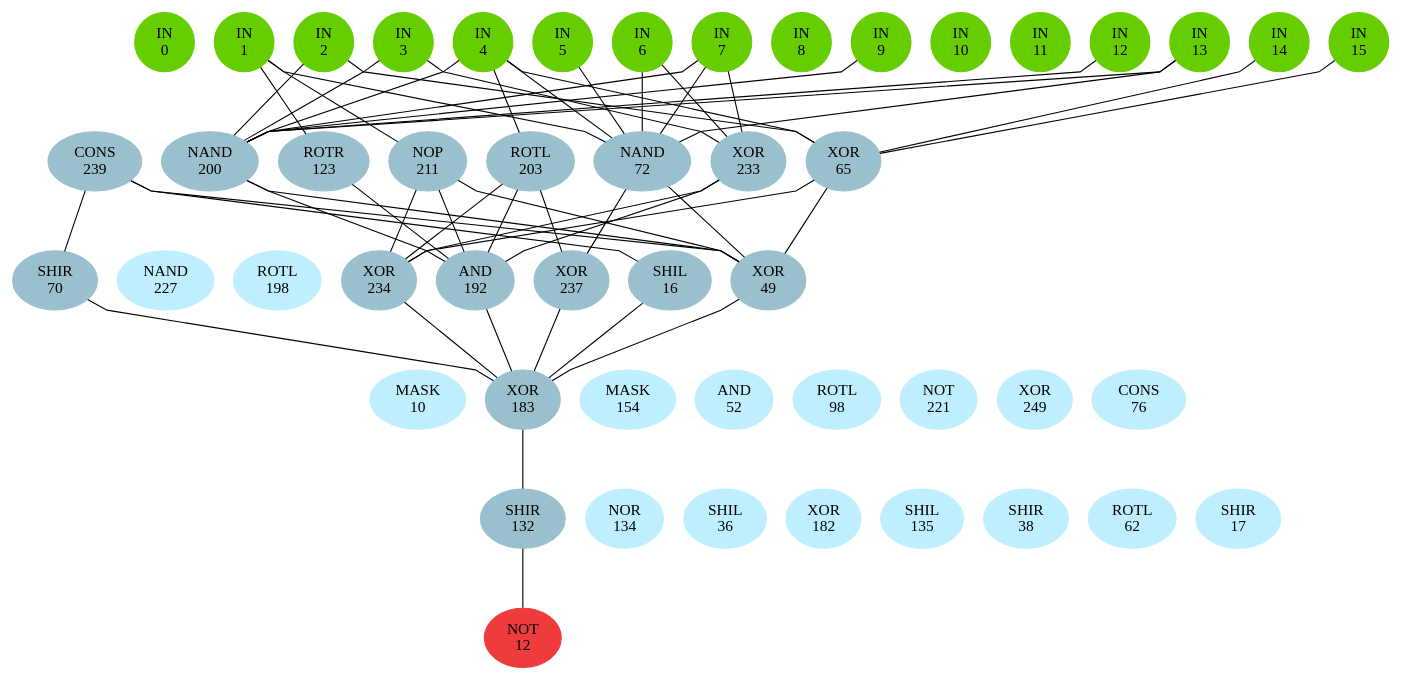
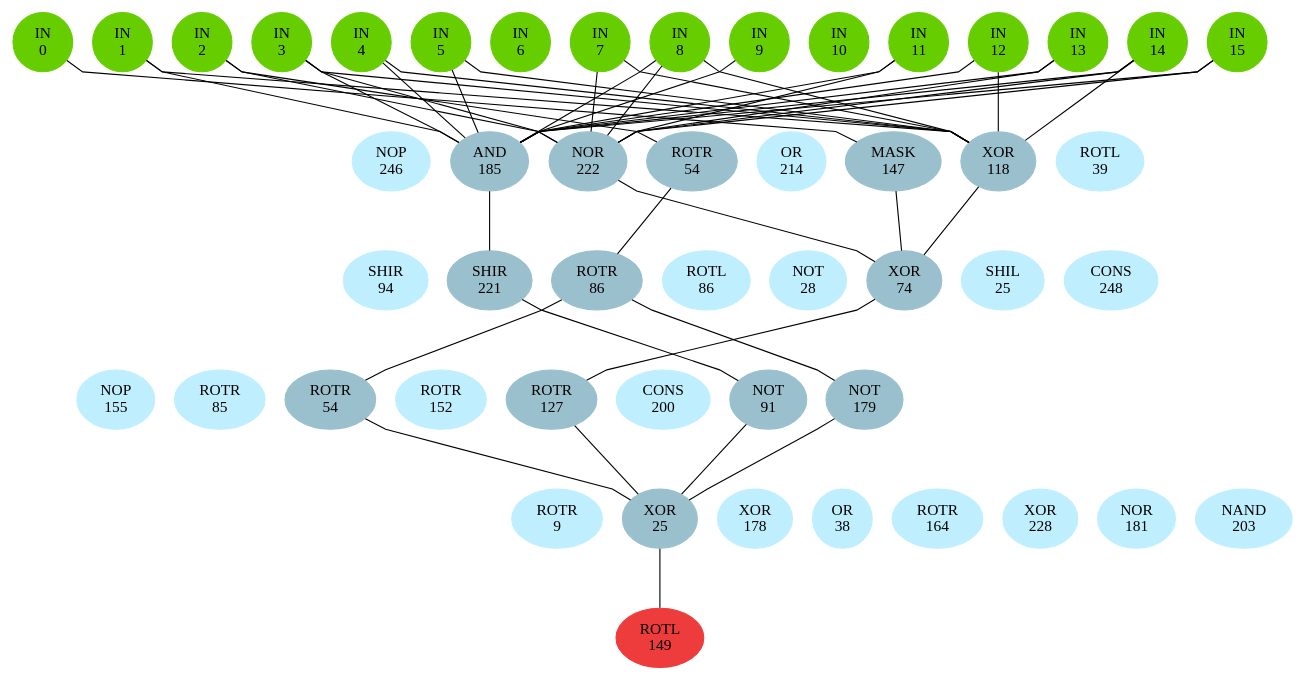
One commit to Bender250/master-thesis changed the diagram in experiments/single-sol/tea/4/pruned_circuit.dot. Above: the diagram before and after it, drawn with Graphviz. The commit also changed 727 other files, not shown here.

```diff
--- a/experiments/single-sol/tea/4/pruned_circuit.dot
+++ b/experiments/single-sol/tea/4/pruned_circuit.dot
@@ -1,175 +1,169 @@
 graph EACircuit {
 rankdir=BT;
 ranksep=0.75;
 ordering=out;
 splines=polyline;
 node [style=filled, color=lightblue2];
 
 { rank=same;
 node [color=chartreuse3];
 "-1_0"[label="IN\n0"];
 node [color=chartreuse3];
 "-1_1"[label="IN\n1"];
 node [color=chartreuse3];
 "-1_2"[label="IN\n2"];
 node [color=chartreuse3];
 "-1_3"[label="IN\n3"];
 node [color=chartreuse3];
 "-1_4"[label="IN\n4"];
 node [color=chartreuse3];
 "-1_5"[label="IN\n5"];
 node [color=chartreuse3];
 "-1_6"[label="IN\n6"];
 node [color=chartreuse3];
 "-1_7"[label="IN\n7"];
 node [color=chartreuse3];
 "-1_8"[label="IN\n8"];
 node [color=chartreuse3];
 "-1_9"[label="IN\n9"];
 node [color=chartreuse3];
 "-1_10"[label="IN\n10"];
 node [color=chartreuse3];
 "-1_11"[label="IN\n11"];
 node [color=chartreuse3];
 "-1_12"[label="IN\n12"];
 node [color=chartreuse3];
 "-1_13"[label="IN\n13"];
 node [color=chartreuse3];
 "-1_14"[label="IN\n14"];
 node [color=chartreuse3];
 "-1_15"[label="IN\n15"];
 }
 { rank=same;
+node [color=lightblue1];
+"0_0"[label="NOP\n246"];
 node [color=lightblue3];
-"0_0"[label="CONS\n239"];
+"0_1"[label="AND\n185"];
 node [color=lightblue3];
-"0_1"[label="NAND\n200"];
+"0_2"[label="NOR\n222"];
 node [color=lightblue3];
-"0_2"[label="ROTR\n123"];
+"0_3"[label="ROTR\n54"];
+node [color=lightblue1];
+"0_4"[label="OR\n214"];
 node [color=lightblue3];
-"0_3"[label="NOP\n211"];
+"0_5"[label="MASK\n147"];
 node [color=lightblue3];
-"0_4"[label="ROTL\n203"];
-node [color=lightblue3];
-"0_5"[label="NAND\n72"];
-node [color=lightblue3];
-"0_6"[label="XOR\n233"];
-node [color=lightblue3];
-"0_7"[label="XOR\n65"];
-}
-{ rank=same;
-node [color=lightblue3];
-"1_0"[label="SHIR\n70"];
+"0_6"[label="XOR\n118"];
 node [color=lightblue1];
-"1_1"[label="NAND\n227"];
-node [color=lightblue1];
-"1_2"[label="ROTL\n198"];
-node [color=lightblue3];
-"1_3"[label="XOR\n234"];
-node [color=lightblue3];
-"1_4"[label="AND\n192"];
-node [color=lightblue3];
-"1_5"[label="XOR\n237"];
-node [color=lightblue3];
-"1_6"[label="SHIL\n16"];
-node [color=lightblue3];
-"1_7"[label="XOR\n49"];
+"0_7"[label="ROTL\n39"];
 }
 { rank=same;
 node [color=lightblue1];
-"2_0"[label="MASK\n10"];
+"1_0"[label="SHIR\n94"];
 node [color=lightblue3];
-"2_1"[label="XOR\n183"];
+"1_1"[label="SHIR\n221"];
+node [color=lightblue3];
+"1_2"[label="ROTR\n86"];
 node [color=lightblue1];
-"2_2"[label="MASK\n154"];
+"1_3"[label="ROTL\n86"];
 node [color=lightblue1];
-"2_3"[label="AND\n52"];
+"1_4"[label="NOT\n28"];
+node [color=lightblue3];
+"1_5"[label="XOR\n74"];
 node [color=lightblue1];
-"2_4"[label="ROTL\n98"];
+"1_6"[label="SHIL\n25"];
 node [color=lightblue1];
-"2_5"[label="NOT\n221"];
-node [color=lightblue1];
-"2_6"[label="XOR\n249"];
-node [color=lightblue1];
-"2_7"[label="CONS\n76"];
+"1_7"[label="CONS\n248"];
 }
 { rank=same;
+node [color=lightblue1];
+"2_0"[label="NOP\n155"];
+node [color=lightblue1];
+"2_1"[label="ROTR\n85"];
 node [color=lightblue3];
-"3_0"[label="SHIR\n132"];
+"2_2"[label="ROTR\n54"];
 node [color=lightblue1];
-"3_1"[label="NOR\n134"];
+"2_3"[label="ROTR\n152"];
+node [color=lightblue3];
+"2_4"[label="ROTR\n127"];
 node [color=lightblue1];
-"3_2"[label="SHIL\n36"];
+"2_5"[label="CONS\n200"];
+node [color=lightblue3];
+"2_6"[label="NOT\n91"];
+node [color=lightblue3];
+"2_7"[label="NOT\n179"];
+}
+{ rank=same;
 node [color=lightblue1];
-"3_3"[label="XOR\n182"];
+"3_0"[label="ROTR\n9"];
+node [color=lightblue3];
+"3_1"[label="XOR\n25"];
 node [color=lightblue1];
-"3_4"[label="SHIL\n135"];
+"3_2"[label="XOR\n178"];
 node [color=lightblue1];
-"3_5"[label="SHIR\n38"];
+"3_3"[label="OR\n38"];
 node [color=lightblue1];
-"3_6"[label="ROTL\n62"];
+"3_4"[label="ROTR\n164"];
 node [color=lightblue1];
-"3_7"[label="SHIR\n17"];
+"3_5"[label="XOR\n228"];
+node [color=lightblue1];
+"3_6"[label="NOR\n181"];
+node [color=lightblue1];
+"3_7"[label="NAND\n203"];
 }
 { rank=same;
 node [color=brown2];
-"4_0"[label="NOT\n12"];
+"4_0"[label="ROTL\n149"];
 }
 edge[style=invis];
 "-1_0" -- "-1_1" -- "-1_2" -- "-1_3" -- "-1_4" -- "-1_5" -- "-1_6" -- "-1_7" -- "-1_8" -- "-1_9" -- "-1_10" -- "-1_11" -- "-1_12" -- "-1_13" -- "-1_14" -- "-1_15";
 "0_0" -- "0_1" -- "0_2" -- "0_3" -- "0_4" -- "0_5" -- "0_6" -- "0_7";
 "1_0" -- "1_1" -- "1_2" -- "1_3" -- "1_4" -- "1_5" -- "1_6" -- "1_7";
 "2_0" -- "2_1" -- "2_2" -- "2_3" -- "2_4" -- "2_5" -- "2_6" -- "2_7";
 "3_0" -- "3_1" -- "3_2" -- "3_3" -- "3_4" -- "3_5" -- "3_6" -- "3_7";
 "4_0" -- "4_0";
 edge[style=solid];
-"0_1" -- "-1_2";
+"0_1" -- "-1_1";
 "0_1" -- "-1_3";
 "0_1" -- "-1_4";
-"0_1" -- "-1_7";
+"0_1" -- "-1_5";
+"0_1" -- "-1_8";
 "0_1" -- "-1_9";
+"0_1" -- "-1_11";
 "0_1" -- "-1_12";
 "0_1" -- "-1_13";
-"0_2" -- "-1_1";
-"0_3" -- "-1_1";
-"0_4" -- "-1_4";
-"0_5" -- "-1_1";
-"0_5" -- "-1_4";
-"0_5" -- "-1_5";
-"0_5" -- "-1_6";
-"0_5" -- "-1_7";
-"0_5" -- "-1_13";
+"0_1" -- "-1_14";
+"0_1" -- "-1_15";
+"0_2" -- "-1_2";
+"0_2" -- "-1_3";
+"0_2" -- "-1_7";
+"0_2" -- "-1_8";
+"0_2" -- "-1_11";
+"0_2" -- "-1_13";
+"0_2" -- "-1_14";
+"0_2" -- "-1_15";
+"0_3" -- "-1_2";
+"0_5" -- "-1_0";
+"0_6" -- "-1_1";
 "0_6" -- "-1_3";
-"0_6" -- "-1_6";
+"0_6" -- "-1_4";
+"0_6" -- "-1_5";
 "0_6" -- "-1_7";
-"0_7" -- "-1_2";
-"0_7" -- "-1_4";
-"0_7" -- "-1_14";
-"0_7" -- "-1_15";
-"1_0" -- "0_0";
-"1_3" -- "0_3";
-"1_3" -- "0_4";
-"1_3" -- "0_6";
-"1_3" -- "0_7";
-"1_4" -- "0_1";
-"1_4" -- "0_2";
-"1_4" -- "0_3";
-"1_4" -- "0_4";
-"1_4" -- "0_6";
-"1_5" -- "0_4";
+"0_6" -- "-1_8";
+"0_6" -- "-1_12";
+"0_6" -- "-1_14";
+"1_1" -- "0_1";
+"1_2" -- "0_3";
+"1_5" -- "0_2";
 "1_5" -- "0_5";
-"1_6" -- "0_0";
-"1_7" -- "0_0";
-"1_7" -- "0_1";
-"1_7" -- "0_3";
-"1_7" -- "0_5";
-"1_7" -- "0_7";
-"2_1" -- "1_0";
-"2_1" -- "1_3";
-"2_1" -- "1_4";
-"2_1" -- "1_5";
-"2_1" -- "1_6";
-"2_1" -- "1_7";
-"3_0" -- "2_1";
-"4_0" -- "3_0";
+"1_5" -- "0_6";
+"2_2" -- "1_2";
+"2_4" -- "1_5";
+"2_6" -- "1_1";
+"2_7" -- "1_2";
+"3_1" -- "2_2";
+"3_1" -- "2_4";
+"3_1" -- "2_6";
+"3_1" -- "2_7";
+"4_0" -- "3_1";
 }
```
